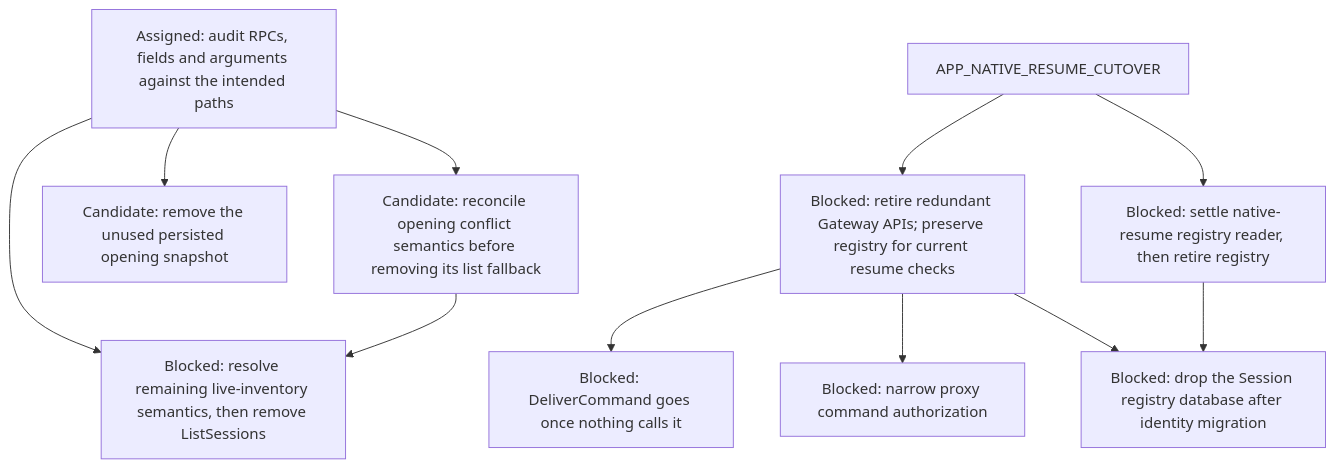
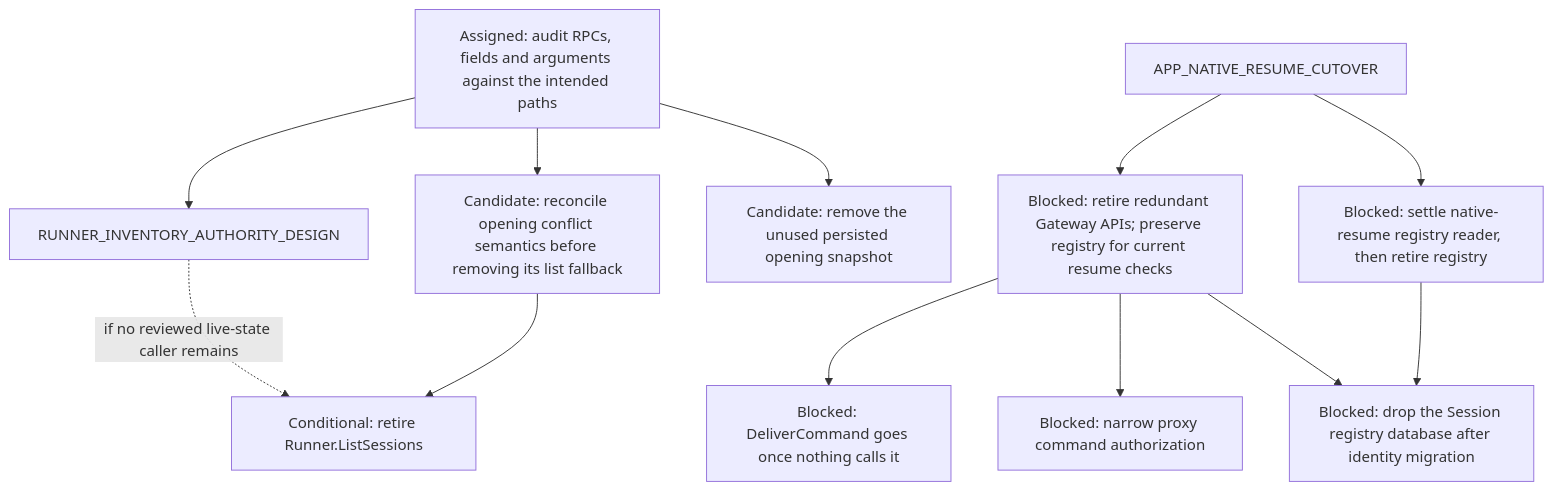
Before and after one commit to agentydragon-agent/ducktape: diagram 15 of 17 in agentplane/plans/task_dag.md, drawn with Mermaid. The commit also changed other lines of this file and 2 other files, not shown here.

First line of the commit message:
Design Agentplane delivery, API, and harness boundaries (#10648)

````diff
--- a/agentplane/plans/task_dag.md
+++ b/agentplane/plans/task_dag.md
@@ -1272,19 +1274,20 @@
 ```mermaid
 flowchart TD
     RUNNER_COMMAND_RPCS[Blocked: DeliverCommand goes once nothing calls it]
     CONTROL_SURFACE_RETIREMENT_AUDIT[Assigned: audit RPCs, fields and arguments against the intended paths]
-    CONTROL_SURFACE_RETIREMENT_AUDIT --> RUNNER_LIST_SESSIONS_RETIRE[Blocked: resolve remaining live-inventory semantics, then remove ListSessions]
+    CONTROL_SURFACE_RETIREMENT_AUDIT --> RUNNER_INVENTORY_AUTHORITY_DESIGN
+    RUNNER_INVENTORY_AUTHORITY_DESIGN -. if no reviewed live-state caller remains .-> RUNNER_LIST_SESSIONS_RETIRE[Conditional: retire Runner.ListSessions]
     CONTROL_SURFACE_RETIREMENT_AUDIT --> DISPATCHER_OPEN_ALREADY_EXISTS[Candidate: reconcile opening conflict semantics before removing its list fallback]
     DISPATCHER_OPEN_ALREADY_EXISTS --> RUNNER_LIST_SESSIONS_RETIRE
     CONTROL_SURFACE_RETIREMENT_AUDIT --> DISPATCHER_OPENING_ATTACHED_RETIRE[Candidate: remove the unused persisted opening snapshot]
     GATEWAY_WRAPPER_RETIRE --> RUNNER_COMMAND_RPCS
     GATEWAY_WRAPPER_RETIRE[Blocked: retire redundant Gateway APIs; preserve registry for current resume checks]
     APP_NATIVE_RESUME_CUTOVER --> GATEWAY_WRAPPER_RETIRE
     GATEWAY_DATABASE_DROP[Blocked: drop the Session registry database after identity migration]
     PROXY_START_METHODS_DISPATCHER_ONLY[Blocked: narrow proxy command authorization]
     GATEWAY_WRAPPER_RETIRE --> PROXY_START_METHODS_DISPATCHER_ONLY
     GATEWAY_WRAPPER_RETIRE --> GATEWAY_DATABASE_DROP
     GATEWAY_SESSION_REGISTRY_RETIRE[Blocked: settle native-resume registry reader, then retire registry]
     APP_NATIVE_RESUME_CUTOVER --> GATEWAY_SESSION_REGISTRY_RETIRE
     GATEWAY_SESSION_REGISTRY_RETIRE --> GATEWAY_DATABASE_DROP
 ```
````
